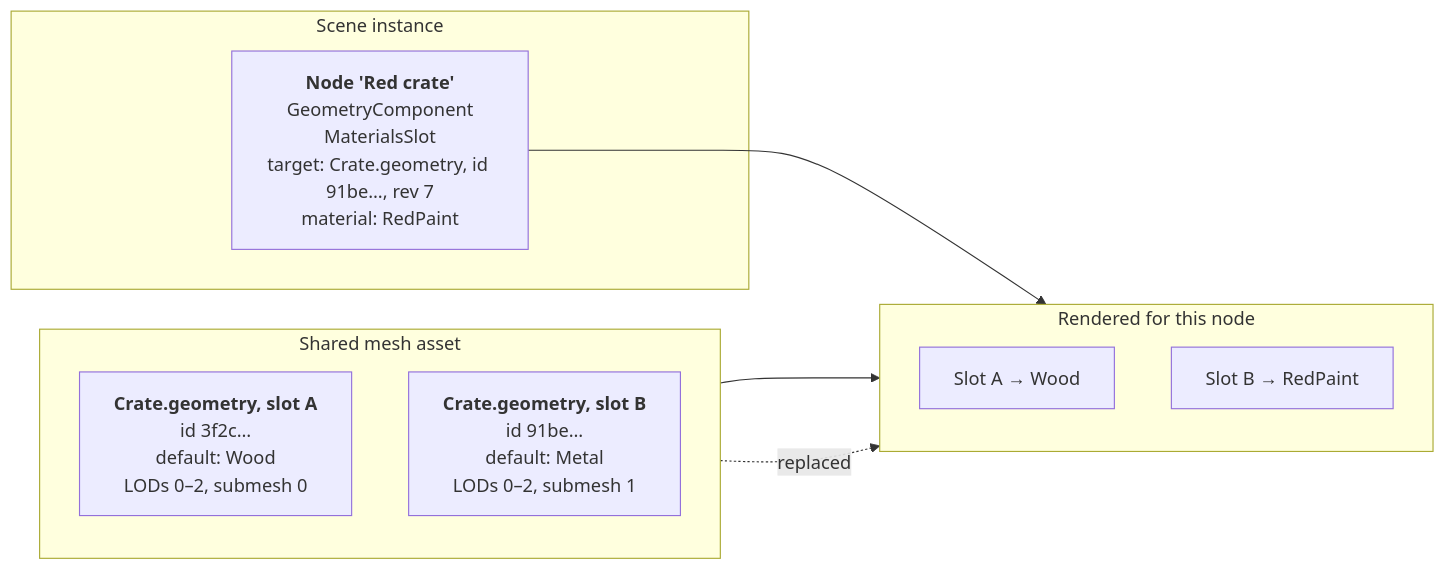
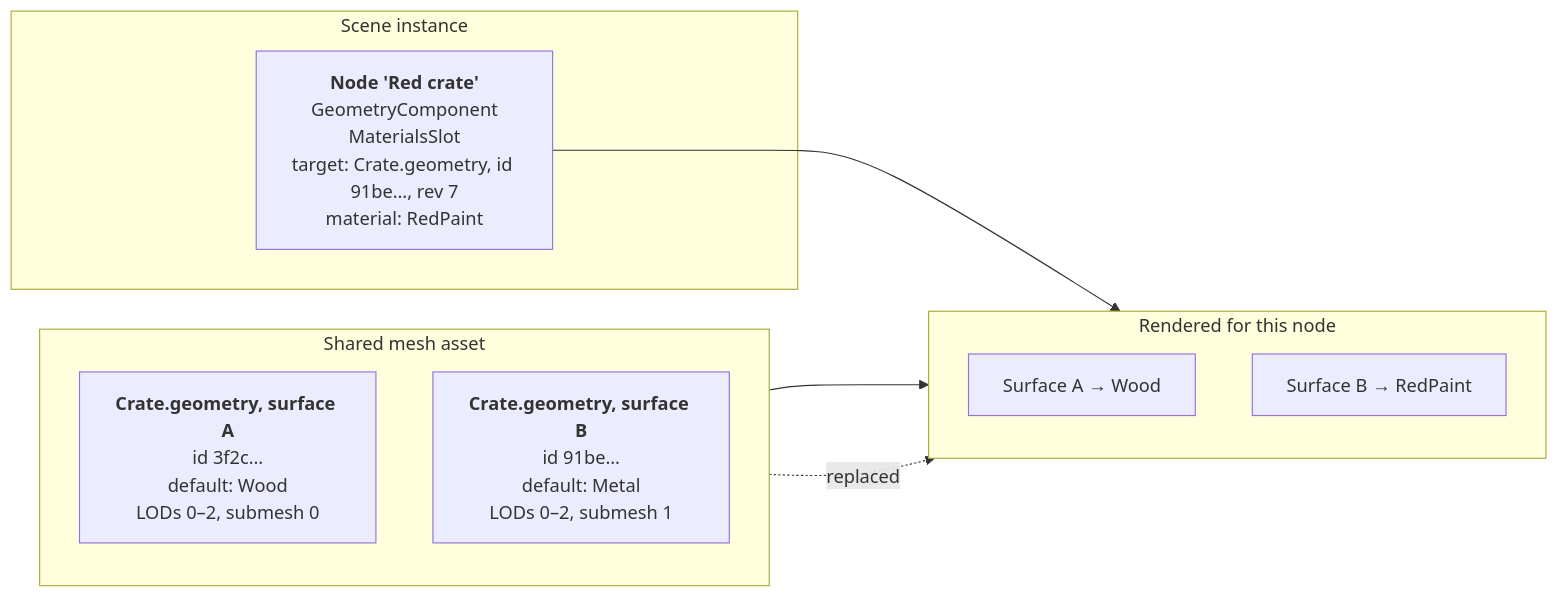
Before and after one commit to abdes/DroidNet: the fourth of 7 diagrams in projects/Oxygen.Editor.World/README.md, drawn with Mermaid. The commit also changed other lines of this file and 359 other files, not shown here.

````diff
--- a/projects/Oxygen.Editor.World/README.md
+++ b/projects/Oxygen.Editor.World/README.md
@@ -276,22 +276,22 @@
 ```mermaid
 flowchart LR
     subgraph asset["Shared mesh asset"]
         direction TB
-        a1["<b>Crate.geometry, slot A</b><br/>id 3f2c…<br/>default: Wood<br/>LODs 0–2, submesh 0"]
-        a2["<b>Crate.geometry, slot B</b><br/>id 91be…<br/>default: Metal<br/>LODs 0–2, submesh 1"]
+        a1["<b>Crate.geometry, surface A</b><br/>id 3f2c…<br/>default: Wood<br/>LODs 0–2, submesh 0"]
+        a2["<b>Crate.geometry, surface B</b><br/>id 91be…<br/>default: Metal<br/>LODs 0–2, submesh 1"]
     end
 
     subgraph instance["Scene instance"]
         o2["<b>Node 'Red crate'</b><br/>GeometryComponent<br/>MaterialsSlot<br/>target: Crate.geometry, id 91be…, rev 7<br/>material: RedPaint"]
     end
 
     subgraph result["Rendered for this node"]
         direction TB
-        r1["Slot A → Wood"]
-        r2["Slot B → RedPaint"]
+        r1["Surface A → Wood"]
+        r2["Surface B → RedPaint"]
     end
 
     a1 --> r1
     a2 -. "replaced" .-> r2
     o2 --> r2
 ```
````
